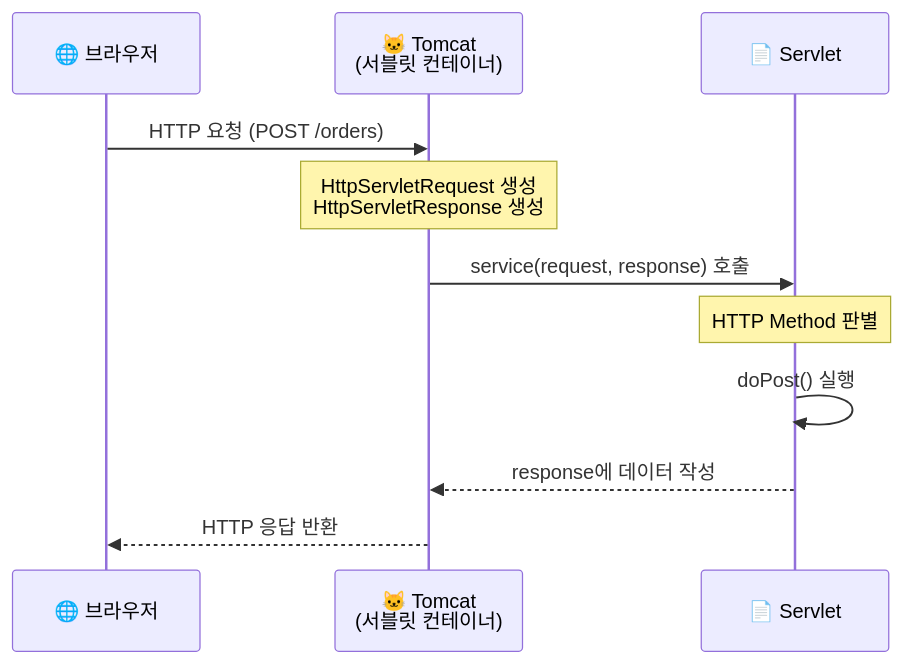
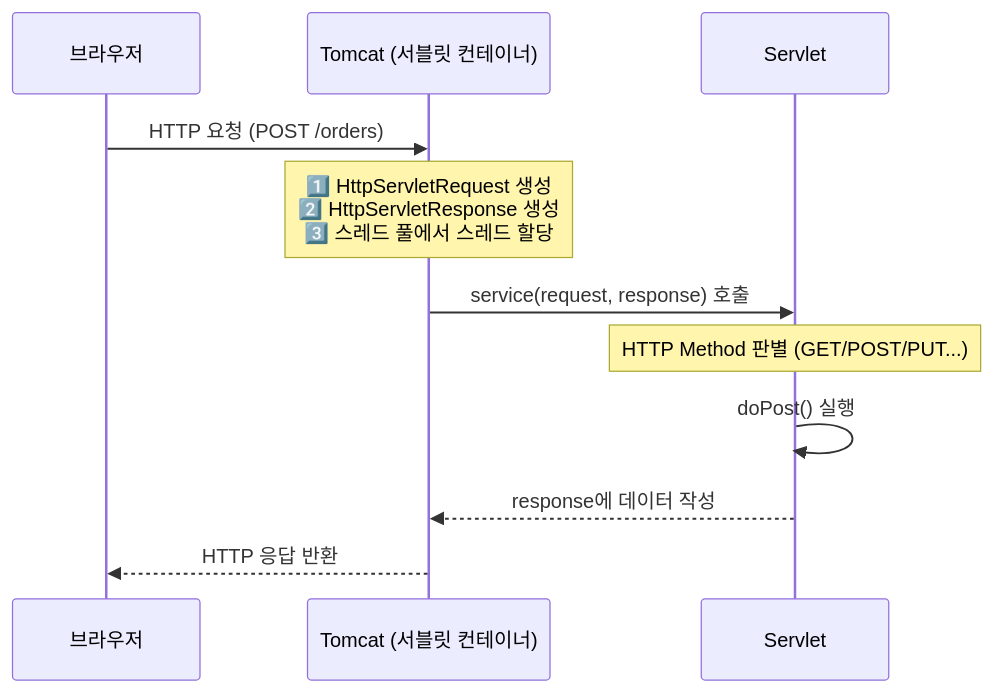
One commit to yjkim2015/yjkim2015.github.io changed the first of 10 diagrams in _posts/spring/2026-05-02-spring-mvc-deep.md. Above: the diagram before and after it, drawn with Mermaid. The commit also changed other lines of this file and 92 other files, not shown here.

First line of the commit message:
Major quality rewrite: 98 files, Mermaid fix, extreme-scenario component

````diff
--- a/_posts/spring/2026-05-02-spring-mvc-deep.md
+++ b/_posts/spring/2026-05-02-spring-mvc-deep.md
@@ -28,14 +33,14 @@
 ```mermaid
 sequenceDiagram
-    participant B as 🌐 브라우저
-    participant T as 🐱 Tomcat<br>(서블릿 컨테이너)
-    participant S as 📄 Servlet
+    participant B as 브라우저
+    participant T as Tomcat (서블릿 컨테이너)
+    participant S as Servlet
 
     B->>T: HTTP 요청 (POST /orders)
-    Note over T: HttpServletRequest 생성<br>HttpServletResponse 생성
+    Note over T: 1️⃣ HttpServletRequest 생성<br>2️⃣ HttpServletResponse 생성<br>3️⃣ 스레드 풀에서 스레드 할당
     T->>S: service(request, response) 호출
-    Note over S: HTTP Method 판별
+    Note over S: HTTP Method 판별 (GET/POST/PUT...)
     S->>S: doPost() 실행
     S-->>T: response에 데이터 작성
     T-->>B: HTTP 응답 반환
 ```
````
